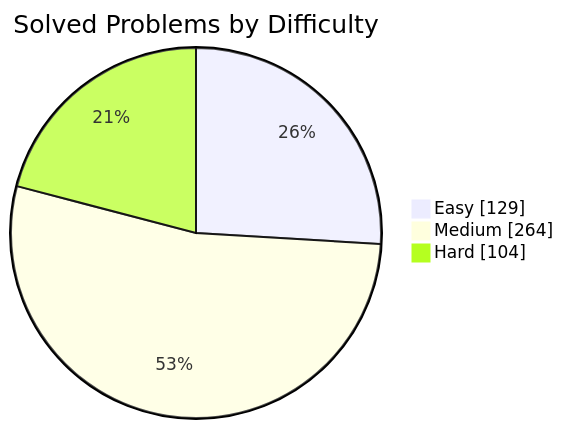
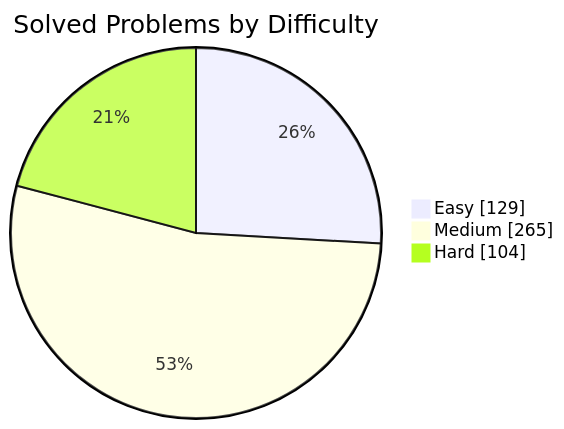
One commit to manikantbindass/DSA-Preparation-FAANG changed the first of 2 diagrams in README.md. Above: the diagram before and after it, drawn with Mermaid. The commit also changed other lines of this file and 1 other file, not shown here.

````diff
--- a/README.md
+++ b/README.md
@@ -77,7 +77,7 @@
 ```mermaid
 pie showData
     title Solved Problems by Difficulty
     "Easy" : 129
-    "Medium" : 264
+    "Medium" : 265
     "Hard" : 104
 ```
````
